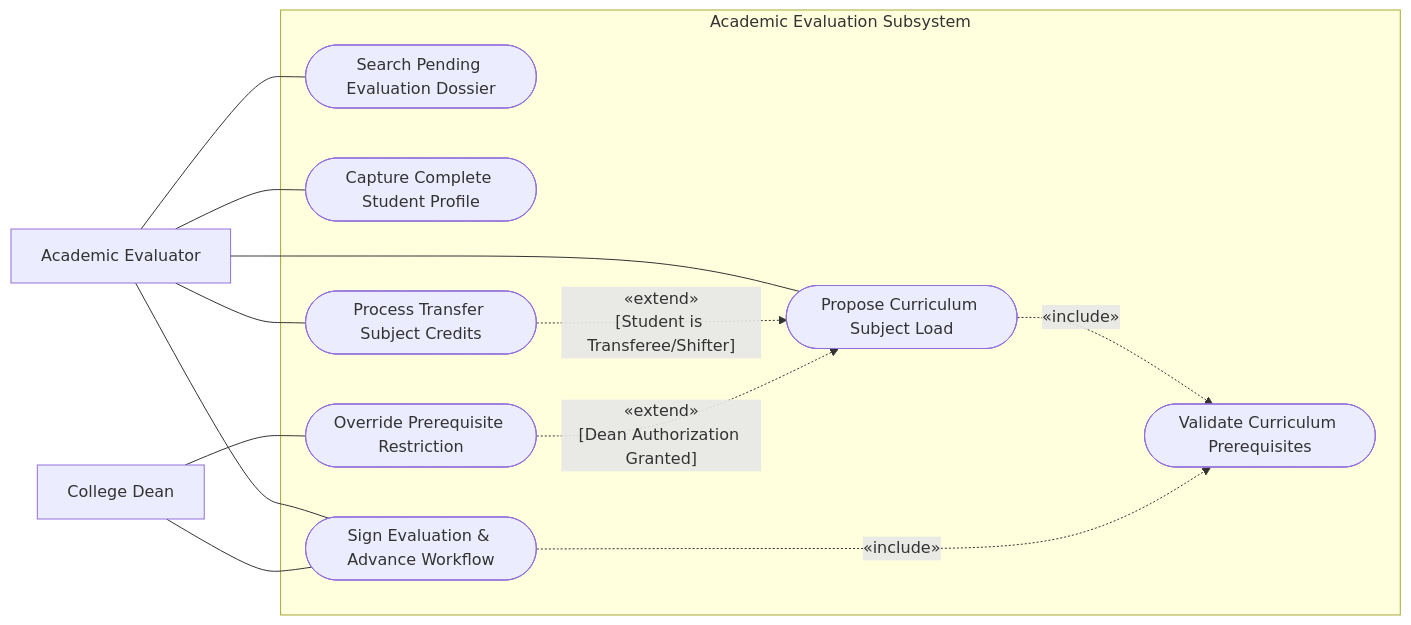
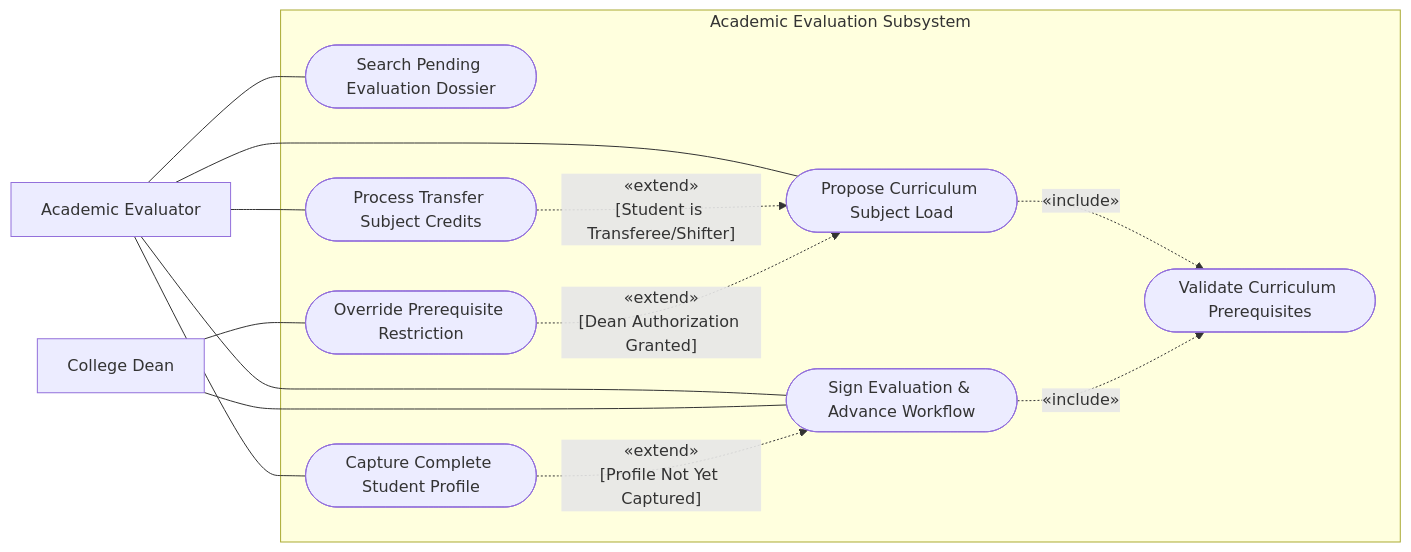
Before and after one commit to kirbygeagonia-create/EnrollmentManagementSystem: the eighth of 17 diagrams in Documentation/Use-Case-Diagram-Guide.md, drawn with Mermaid. The commit also changed other lines of this file and 45 other files, not shown here.

````diff
--- a/Documentation/Use-Case-Diagram-Guide.md
+++ b/Documentation/Use-Case-Diagram-Guide.md
@@ -410,29 +411,30 @@
 ```mermaid
 flowchart LR
     A_Eva["Academic Evaluator"]
     A_Dea["College Dean"]
 
     subgraph SYSTEM ["Academic Evaluation Subsystem"]
         UC_EV01(["Search Pending Evaluation Dossier"])
         UC_EV02(["Capture Complete Student Profile"])
         UC_EV03(["Propose Curriculum Subject Load"])
         UC_EV04(["Process Transfer Subject Credits"])
         UC_EV05(["Validate Curriculum Prerequisites"])
         UC_EV06(["Override Prerequisite Restriction"])
         UC_EV07(["Sign Evaluation & Advance Workflow"])
     end
 
     A_Eva --- UC_EV01
     A_Eva --- UC_EV02
     A_Eva --- UC_EV03
     A_Eva --- UC_EV04
     A_Eva --- UC_EV07
 
     A_Dea --- UC_EV06
     A_Dea --- UC_EV07
 
     UC_EV03 -.->|"«include»"| UC_EV05
     UC_EV04 -.->|"«extend»\n[Student is Transferee/Shifter]"| UC_EV03
     UC_EV06 -.->|"«extend»\n[Dean Authorization Granted]"| UC_EV03
     UC_EV07 -.->|"«include»"| UC_EV05
+    UC_EV02 -.->|"«extend»\n[Profile Not Yet Captured]"| UC_EV07
 ```
````
